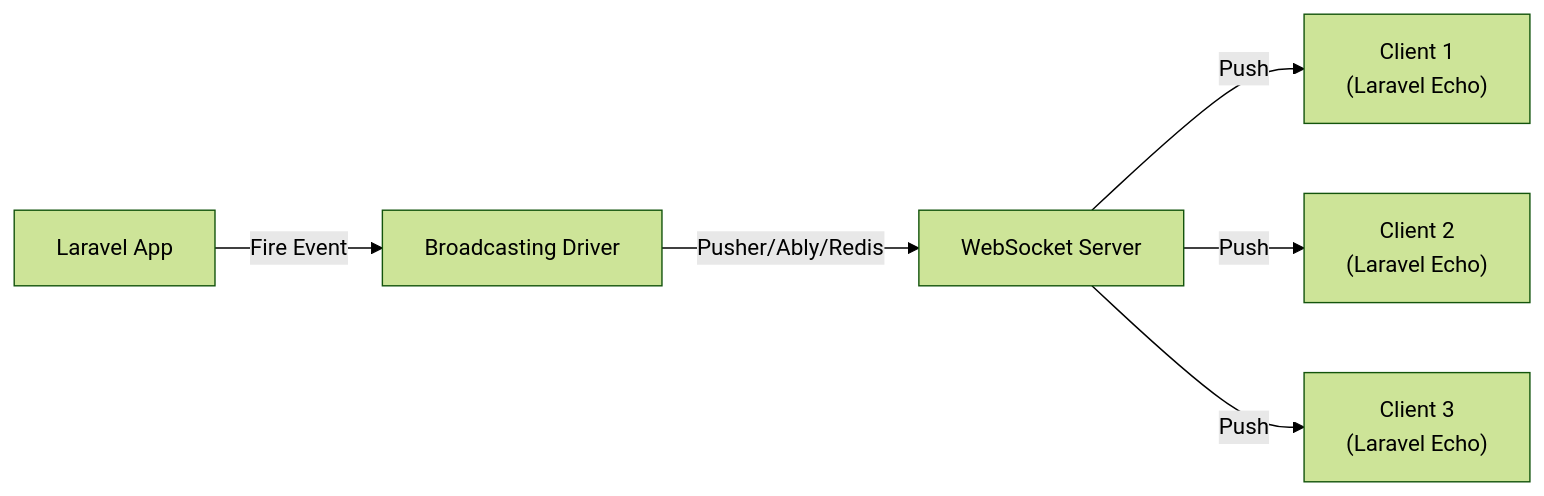
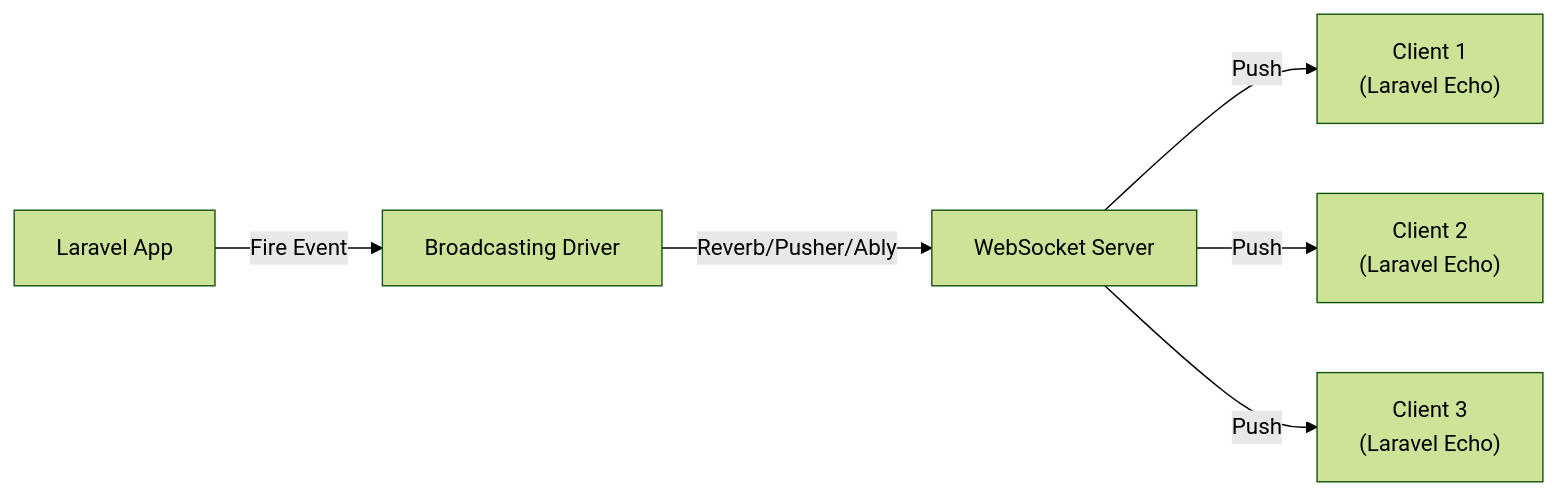
The diagram in posts/2026-01-26-laravel-broadcasting-realtime/README.md (OneUptime/blog), drawn with Mermaid (forest theme) before and after one commit. The commit also changed other lines of this file and 2 other files, not shown here.

````diff
--- a/posts/2026-01-26-laravel-broadcasting-realtime/README.md
+++ b/posts/2026-01-26-laravel-broadcasting-realtime/README.md
@@ -21,8 +21,8 @@
 ```mermaid
 flowchart LR
     App["Laravel App"] -->|Fire Event| Broadcast["Broadcasting Driver"]
-    Broadcast -->|Pusher/Ably/Redis| WS["WebSocket Server"]
+    Broadcast -->|Reverb/Pusher/Ably| WS["WebSocket Server"]
     WS -->|Push| Client1["Client 1<br/>(Laravel Echo)"]
     WS -->|Push| Client2["Client 2<br/>(Laravel Echo)"]
     WS -->|Push| Client3["Client 3<br/>(Laravel Echo)"]
 ```
````
